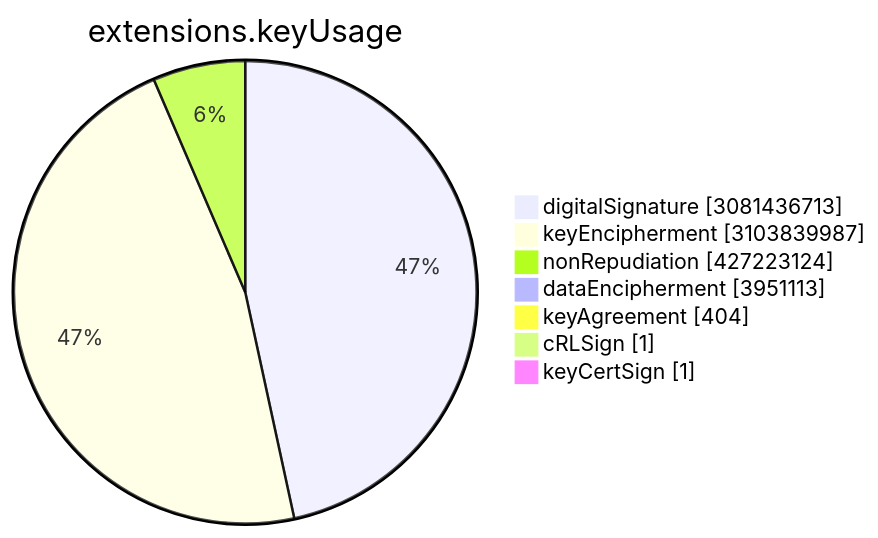
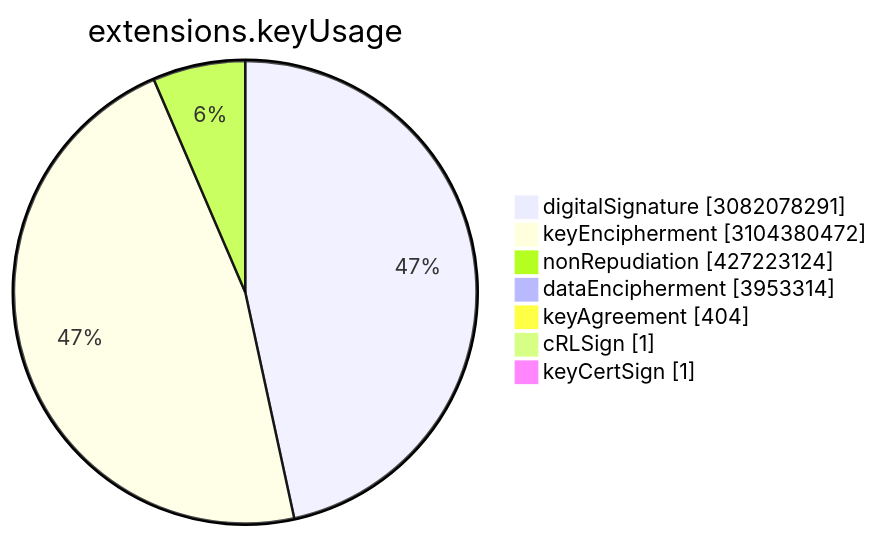
One commit to christiankrug/ctmonitor_visualization changed the sixth of 15 diagrams in TOTAL/README.md. Above: the diagram before and after it, drawn with Mermaid. The commit also changed other lines of this file, not shown here.

````diff
--- a/TOTAL/README.md
+++ b/TOTAL/README.md
@@ -3077,11 +3077,11 @@
 ```mermaid
 pie showData
 title extensions.keyUsage
-"digitalSignature" :3081436713
-"keyEncipherment" :3103839987
+"digitalSignature" :3082078291
+"keyEncipherment" :3104380472
 "nonRepudiation" :427223124
-"dataEncipherment" :3951113
+"dataEncipherment" :3953314
 "keyAgreement" :404
 "cRLSign" :1
 "keyCertSign" :1
 ```
````
